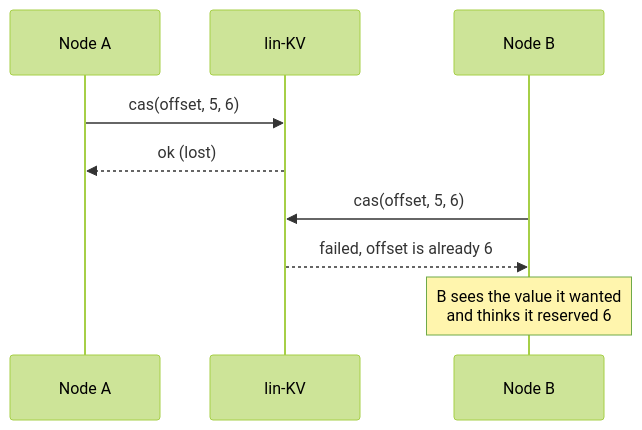
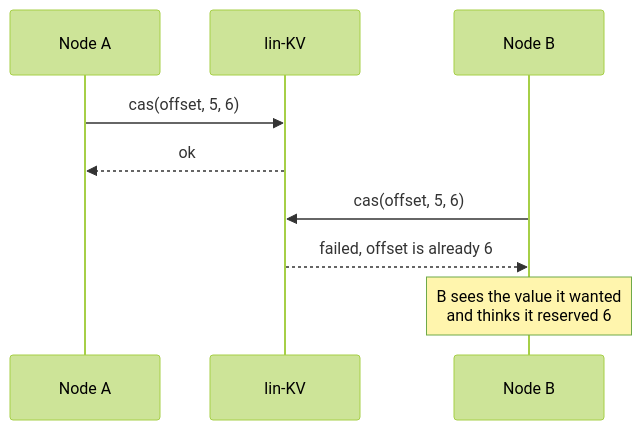
Before and after one commit to rcya1/personal-website: the seventh of 8 diagrams in posts/dist-sys-challenges.md, drawn with Mermaid (forest theme). The commit also changed other lines of this file and 5 other files, not shown here.

````diff
--- a/posts/dist-sys-challenges.md
+++ b/posts/dist-sys-challenges.md
@@ -413,11 +555,11 @@
 ```mermaid
 sequenceDiagram
     participant A as Node A
     participant KV as lin-KV
     participant B as Node B
     A->>KV: cas(offset, 5, 6)
-    KV-->>A: ok (lost)
+    KV-->>A: ok
     B->>KV: cas(offset, 5, 6)
     KV-->>B: failed, offset is already 6
     Note over B: B sees the value it wanted<br/>and thinks it reserved 6
 ```
````
